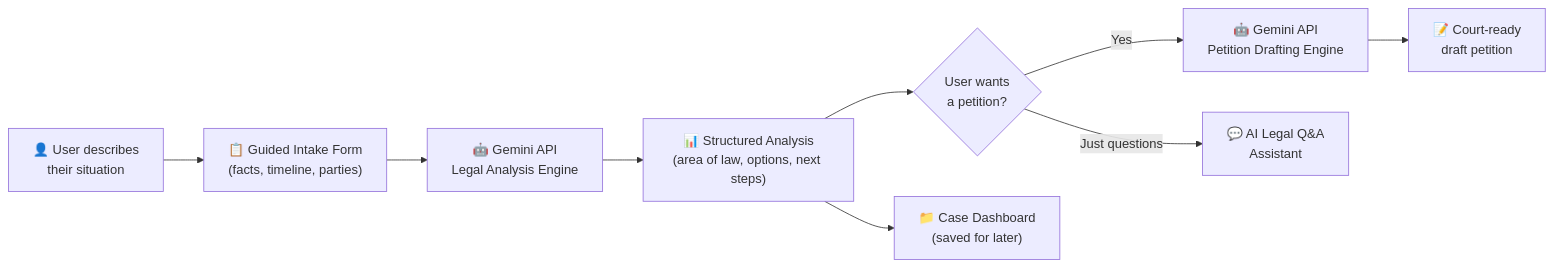
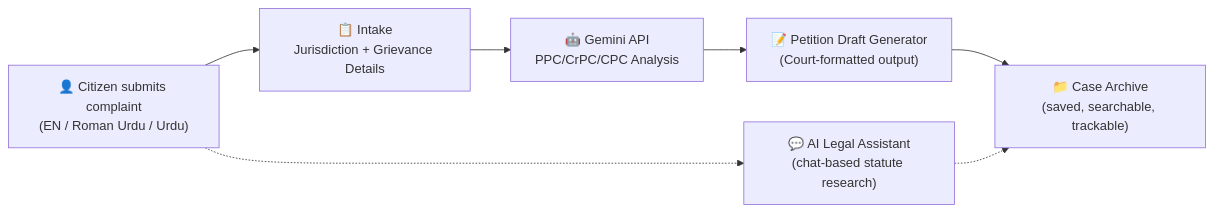
The diagram in README.md (alishamaryamhabib777/insaaf-ai), drawn with Mermaid before and after one commit. The commit also changed other lines of this file, not shown here.

````diff
--- a/README.md
+++ b/README.md
@@ -116,11 +101,9 @@
 ```mermaid
 flowchart LR
-    A["👤 User describes\ntheir situation"] --> B["📋 Guided Intake Form\n(facts, timeline, parties)"]
-    B --> C["🤖 Gemini API\nLegal Analysis Engine"]
-    C --> D["📊 Structured Analysis\n(area of law, options, next steps)"]
-    D --> E{"User wants\na petition?"}
-    E -->|Yes| F["🤖 Gemini API\nPetition Drafting Engine"]
-    F --> G["📝 Court-ready\ndraft petition"]
-    E -->|Just questions| H["💬 AI Legal Q&A\nAssistant"]
-    D --> I["📁 Case Dashboard\n(saved for later)"]
+    A["👤 Citizen submits complaint\n(EN / Roman Urdu / Urdu)"] --> B["📋 Intake\nJurisdiction + Grievance Details"]
+    B --> C["🤖 Gemini API\nPPC/CrPC/CPC Analysis"]
+    C --> D["📝 Petition Draft Generator\n(Court-formatted output)"]
+    D --> E["📁 Case Archive\n(saved, searchable, trackable)"]
+    A -.-> F["💬 AI Legal Assistant\n(chat-based statute research)"]
+    F -.-> E
 ```
````
